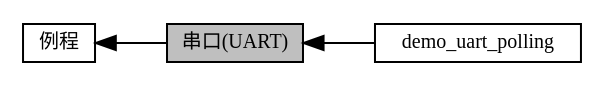
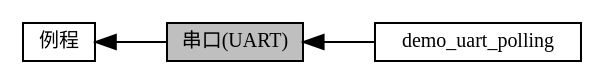
One commit to cuishengen/cuishengen.github.io changed the diagram in group__mwv__demo__uart__all.dot. Above: the diagram before and after it, drawn with Graphviz. The commit also changed 212 other files, not shown here.

```diff
--- a/group__mwv__demo__uart__all.dot
+++ b/group__mwv__demo__uart__all.dot
@@ -1,11 +1,11 @@
 digraph "串口(UART)"
 {
   edge [fontname="黑体",fontsize="10",labelfontname="黑体",labelfontsize="10"];
-  node [fontname="黑体",fontsize="10",shape=record];
+  node [fontname="黑体",fontsize="10",shape=box];
   rankdir=LR;
-  Node0 [label="串口(UART)",height=0.2,width=0.4,color="black", fillcolor="grey75", style="filled", fontcolor="black"];
-  Node2 [label="demo_uart_polling",height=0.2,width=0.4,color="black", fillcolor="white", style="filled",URL="$group__demo__if__uart__polling.html"];
-  Node1 [label="例程",height=0.2,width=0.4,color="black", fillcolor="white", style="filled",URL="$group__mwv__service__demo__device.html",tooltip="提供外设使用例程，例如SPI、I2C，UART "];
+  Node0 [label="串口(UART)",height=0.2,width=0.4,color="black", fillcolor="grey75", style="filled", fontcolor="black",tooltip="所有的串口通信相关例程"];
+  Node2 [label="demo_uart_polling",height=0.2,width=0.4,color="black", fillcolor="white", style="filled",URL="$group__demo__if__uart__polling.html",tooltip=" "];
+  Node1 [label="例程",height=0.2,width=0.4,color="black", fillcolor="white", style="filled",URL="$group__mwv__service__demo__device.html",tooltip="提供外设使用例程，例如SPI、I2C，UART"];
   Node1->Node0 [shape=plaintext, dir="back", style="solid"];
   Node0->Node2 [shape=plaintext, dir="back", style="solid"];
 }
```
